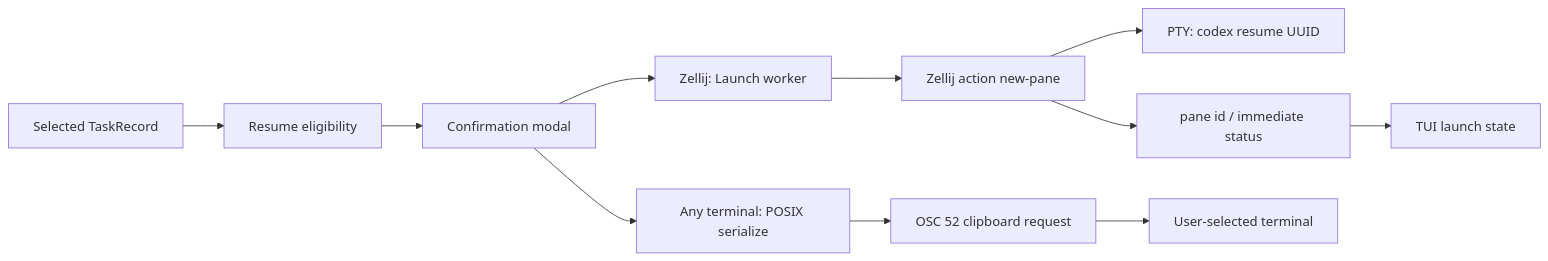
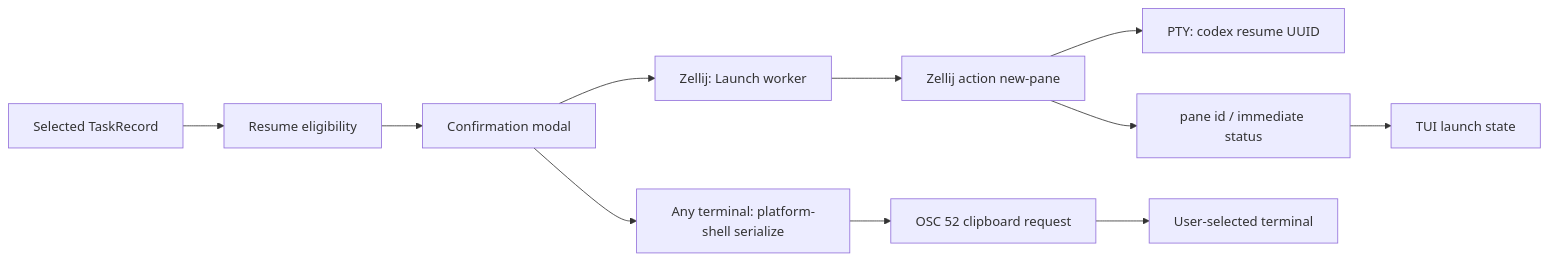
One commit to ghostroller/codex-usage-monit changed the diagram in docs/codex-terminal-resume.md. Above: the diagram before and after it, drawn with Mermaid. The commit also changed other lines of this file and 12 other files, not shown here.

````diff
--- a/docs/codex-terminal-resume.md
+++ b/docs/codex-terminal-resume.md
@@ -320,13 +320,13 @@
 ```mermaid
 flowchart LR
   A["Selected TaskRecord"] --> B["Resume eligibility"]
   B --> C["Confirmation modal"]
   C --> D["Zellij: Launch worker"]
-  C --> I["Any terminal: POSIX serialize"]
+  C --> I["Any terminal: platform-shell serialize"]
   D --> E["Zellij action new-pane"]
   E --> F["PTY: codex resume UUID"]
   E --> G["pane id / immediate status"]
   G --> H["TUI launch state"]
   I --> J["OSC 52 clipboard request"]
   J --> K["User-selected terminal"]
 ```
````
